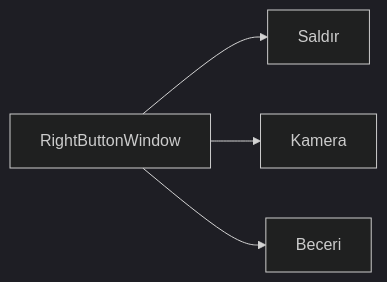
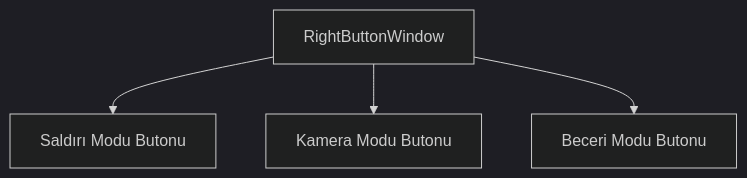
Before and after one commit to Engin622/Metin2-Pack-Agent-Skills: the diagram in uiscript/rightmousebuttonwindow/skills.md, drawn with Mermaid (dark theme). The commit also changed other lines of this file and 65 other files, not shown here.

````diff
--- a/uiscript/rightmousebuttonwindow/skills.md
+++ b/uiscript/rightmousebuttonwindow/skills.md
@@ -28,6 +26,6 @@
 ```mermaid
-graph LR
-    A[RightButtonWindow] --> B[Saldır]
-    A --> C[Kamera]
-    A --> D[Beceri]
+graph TD
+    A[RightButtonWindow] --> B[Saldırı Modu Butonu]
+    A --> C[Kamera Modu Butonu]
+    A --> D[Beceri Modu Butonu]
 ```
````
